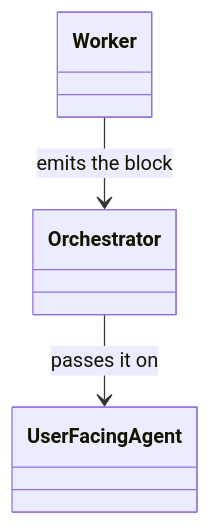
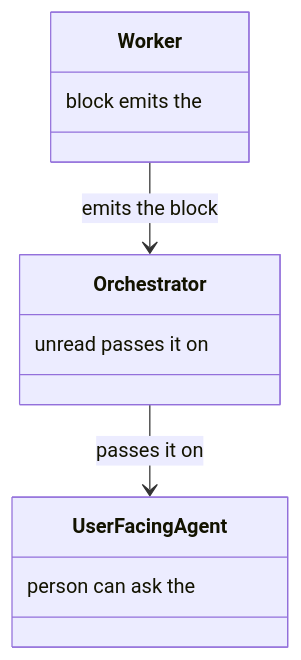
Before and after one commit to m2ux/workflow-server: the eighth of 22 diagrams in docs/checkpoint.md, drawn with Mermaid. The commit also changed other lines of this file and 13 other files, not shown here.

````diff
--- a/docs/checkpoint.md
+++ b/docs/checkpoint.md
@@ -130,8 +142,14 @@
 ```mermaid
 classDiagram
-  class Worker
-  class Orchestrator
-  class UserFacingAgent
+  class Worker {
+    block emits the
+  }
+  class Orchestrator {
+    unread passes it on
+  }
+  class UserFacingAgent {
+    person can ask the
+  }
   Worker --> Orchestrator : emits the block
   Orchestrator --> UserFacingAgent : passes it on
 ```
````
